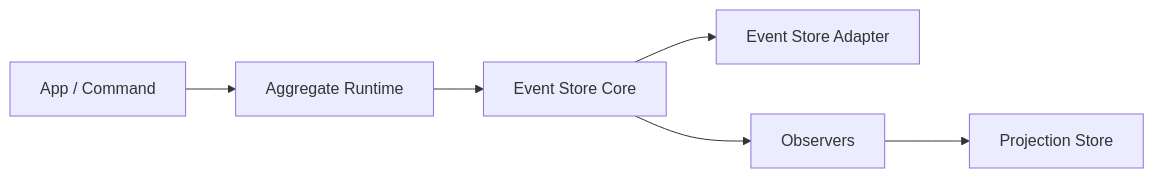
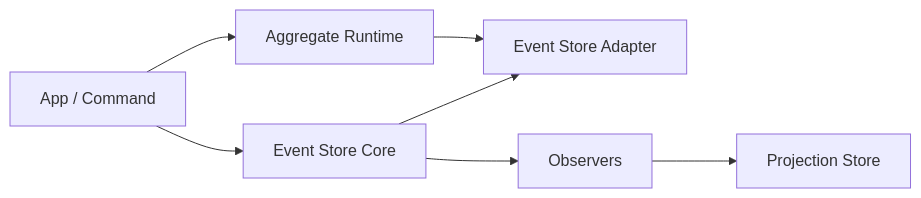
The diagram in docs/architecture.md (schemeless/event-store), drawn with Mermaid before and after one commit. The commit also changed other lines of this file and 39 other files, not shown here.

````diff
--- a/docs/architecture.md
+++ b/docs/architecture.md
@@ -5,8 +5,9 @@
 ```mermaid
 flowchart LR
   A["App / Command"] --> B["Aggregate Runtime"]
-  B --> C["Event Store Core"]
-  C --> D["Event Store Adapter"]
+  A --> C["Event Store Core"]
+  B --> D["Event Store Adapter"]
+  C --> D
   C --> E["Observers"]
   E --> F["Projection Store"]
 ```
````
